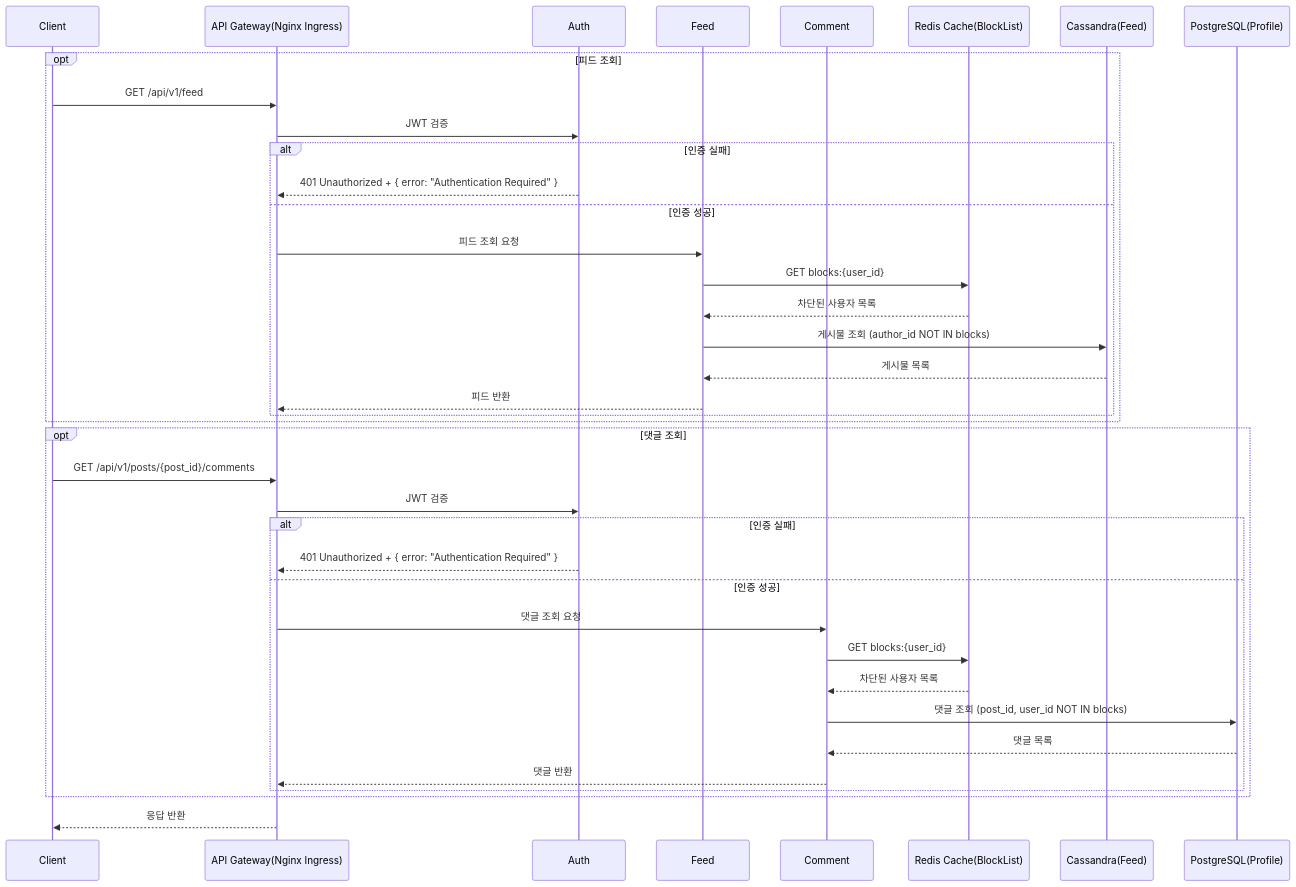
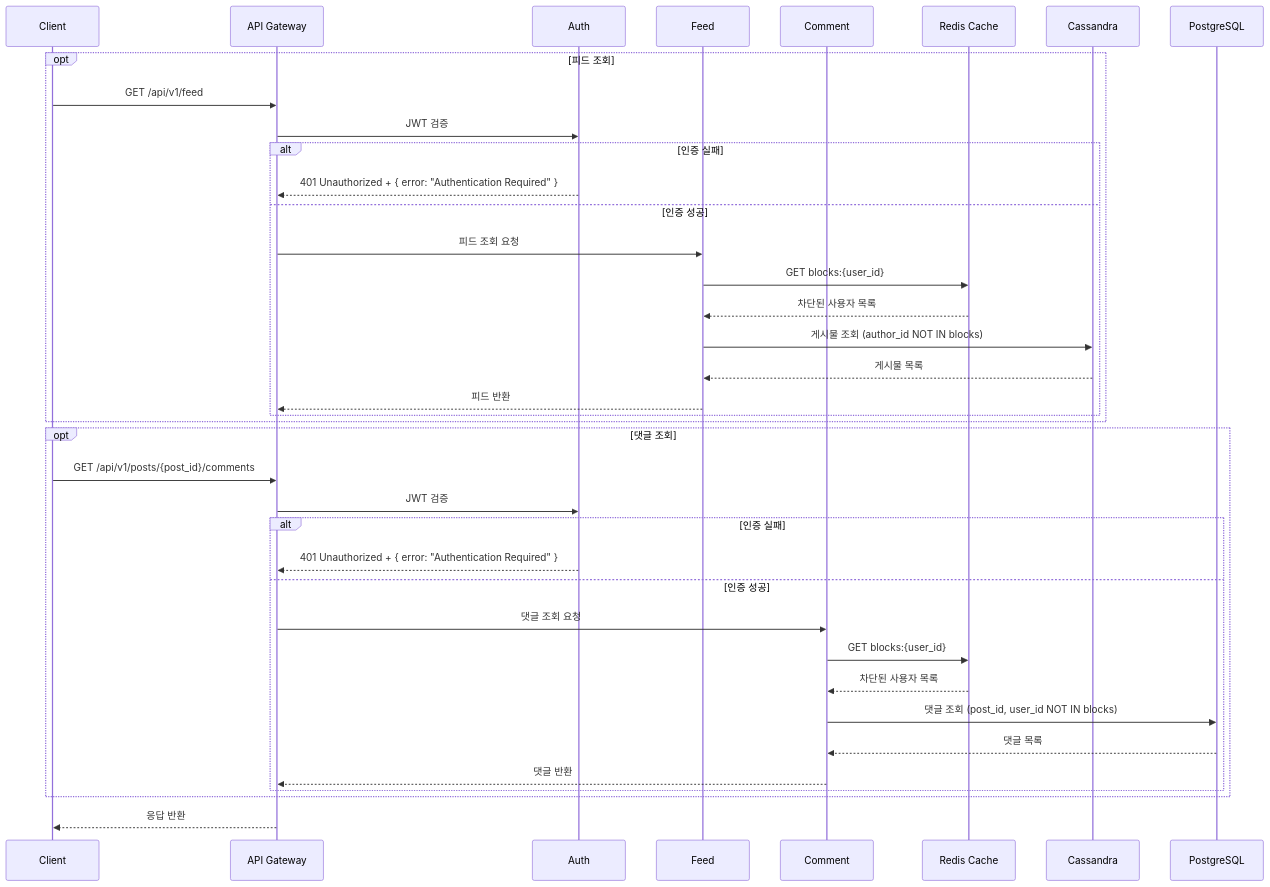
One commit to myeonghan-nim/veilgram changed the ninth of 47 diagrams in documents/sequence_diagram.md. Above: the diagram before and after it, drawn with Mermaid. The commit also changed other lines of this file and 1 other file, not shown here.

````diff
--- a/documents/sequence_diagram.md
+++ b/documents/sequence_diagram.md
@@ -324,41 +322,41 @@
 ```mermaid
 sequenceDiagram
     participant Client as Client
-    participant APIGW as API Gateway(Nginx Ingress)
+    participant APIGW as API Gateway
     participant Auth as Auth
     participant Feed as Feed
     participant Comment as Comment
-    participant Redis as Redis Cache(BlockList)
-    participant Cassandra as Cassandra(Feed)
-    participant DB as PostgreSQL(Profile)
+    participant Redis as Redis Cache
+    participant Cassandra as Cassandra
+    participant DB as PostgreSQL
 
     opt 피드 조회
         Client->>APIGW: GET /api/v1/feed
         APIGW->>Auth: JWT 검증
         alt 인증 실패
             Auth-->>APIGW: 401 Unauthorized + { error: "Authentication Required" }
         else 인증 성공
             APIGW->>Feed: 피드 조회 요청
             Feed->>Redis: GET blocks:{user_id}
             Redis-->>Feed: 차단된 사용자 목록
             Feed->>Cassandra: 게시물 조회 (author_id NOT IN blocks)
             Cassandra-->>Feed: 게시물 목록
             Feed-->>APIGW: 피드 반환
         end
     end
     opt 댓글 조회
         Client->>APIGW: GET /api/v1/posts/{post_id}/comments
         APIGW->>Auth: JWT 검증
         alt 인증 실패
             Auth-->>APIGW: 401 Unauthorized + { error: "Authentication Required" }
         else 인증 성공
             APIGW->>Comment: 댓글 조회 요청
             Comment->>Redis: GET blocks:{user_id}
             Redis-->>Comment: 차단된 사용자 목록
             Comment->>DB: 댓글 조회 (post_id, user_id NOT IN blocks)
             DB-->>Comment: 댓글 목록
             Comment-->>APIGW: 댓글 반환
         end
     end
     APIGW-->>Client: 응답 반환
 ```
````
